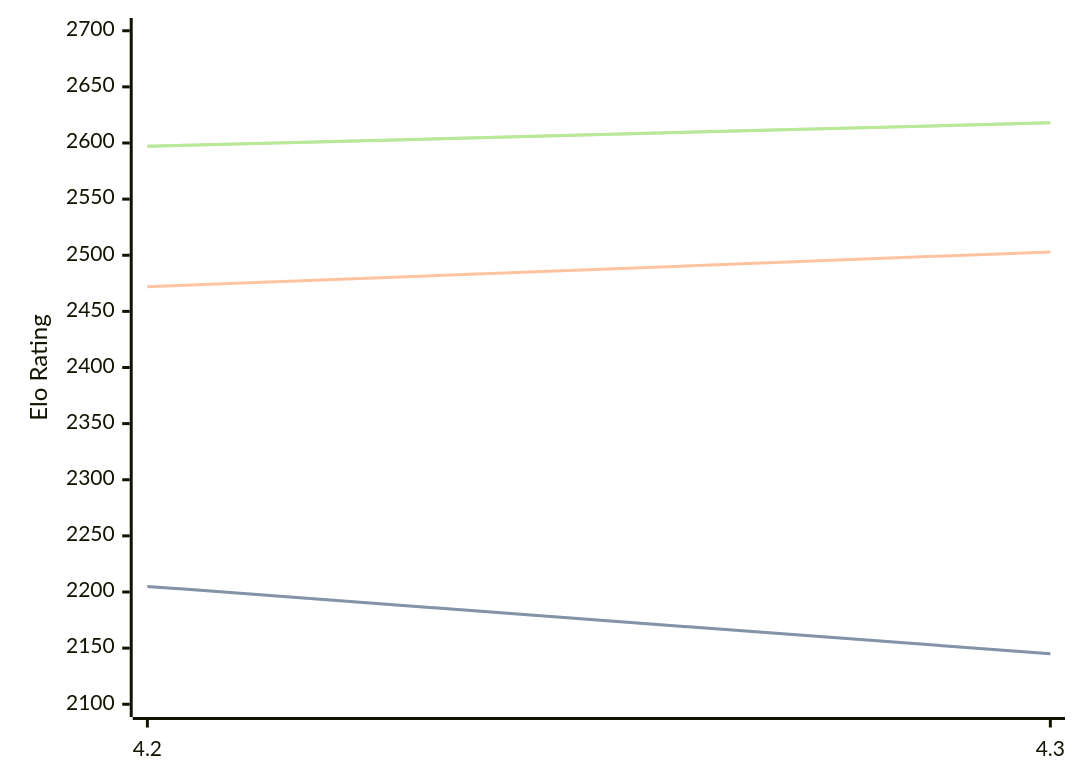
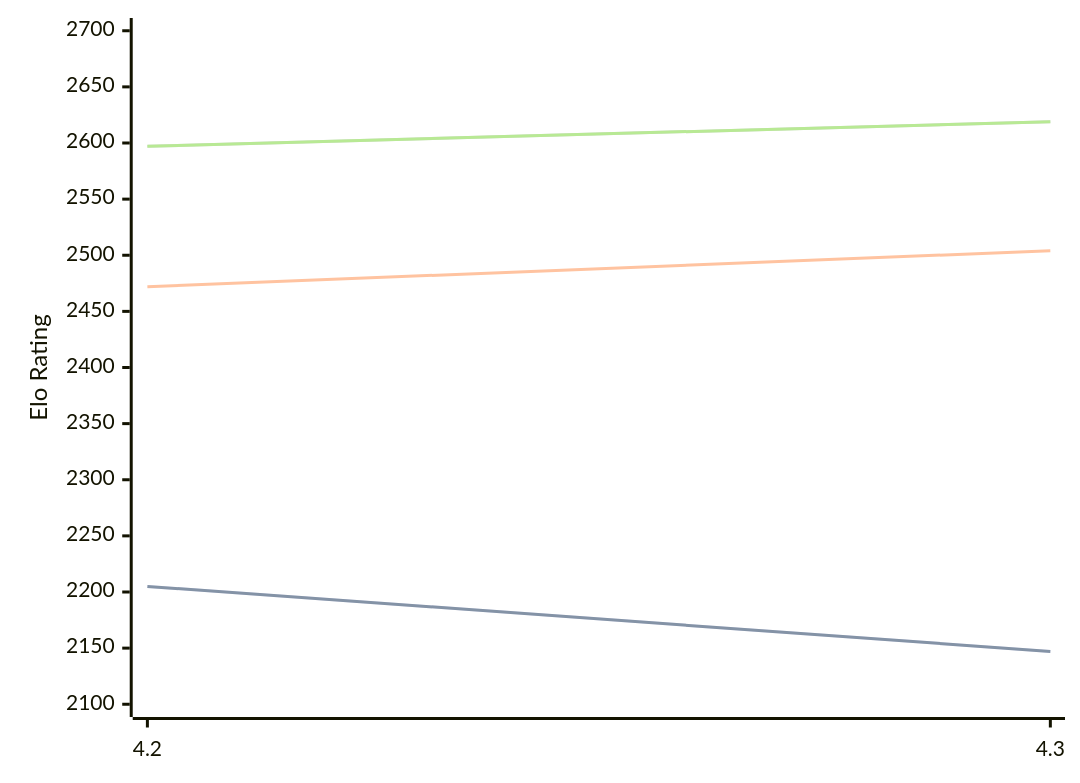
Before and after one commit to computer-chess-index/cci: the diagram in engines/Eubos.md, drawn with Mermaid. The commit also changed other lines of this file, not shown here.

Commit message:
Update CCI Ratings (ELO VLTC) - 2026-05-06

````diff
--- a/engines/Eubos.md
+++ b/engines/Eubos.md
@@ -88,11 +88,11 @@
 ```mermaid
 %%{init: {"theme":"base","themeVariables":{"seriesColors:['#a3a3a3','#222221','#faa371']}}}%%
 xychart-beta
   x-axis ["4.2", "4.3"]
   y-axis "Elo Rating" 2100 --> 2700
-  line "STC (8.0+0.08s)" [2205, 2145]
-  line "STC (8.0+0.08s)" [2205, 2145]
-  line "LTC (60.0+0.60s)" [2472, 2503]
-  line "VLTC (2m24s+1.12s)" [2597, 2618]
-  line "VLTC (2m24s+1.12s)" [2597, 2618]
+  line "STC (8.0+0.08s)" [2205, 2147]
+  line "STC (8.0+0.08s)" [2205, 2147]
+  line "LTC (60.0+0.60s)" [2472, 2504]
+  line "VLTC (2m24s+1.12s)" [2597, 2619]
+  line "VLTC (2m24s+1.12s)" [2597, 2619]
 ```
````
